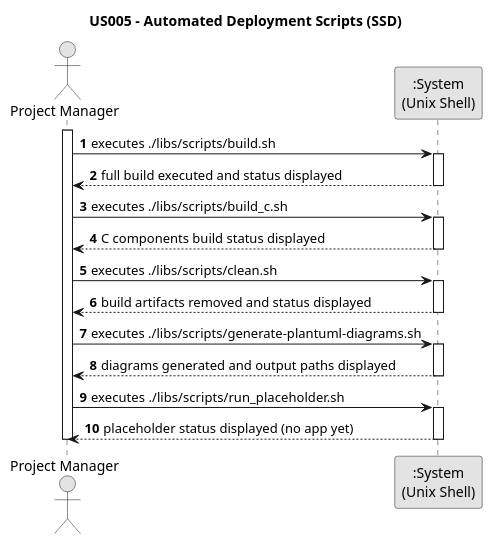
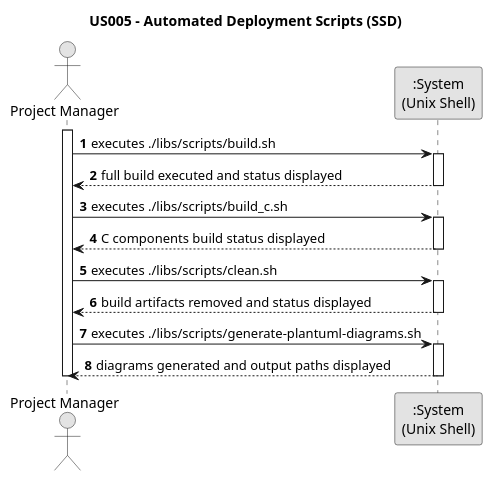
Before and after one commit to brunodspinto/aisafe: the diagram in aisafe.base/docs/user-stories/US005/US005-SSD/puml/US005-SSD.puml, drawn with PlantUML. The commit also changed 189 other files, not shown here.

```diff
--- a/aisafe.base/docs/user-stories/US005/US005-SSD/puml/US005-SSD.puml
+++ b/aisafe.base/docs/user-stories/US005/US005-SSD/puml/US005-SSD.puml
@@ -1,42 +1,37 @@
 @startuml US005-SSD
 skinparam monochrome true
 skinparam packageStyle rectangle
 skinparam shadowing false
 
 title US005 - Automated Deployment Scripts (SSD)
 
 autonumber
 
 actor "Project Manager" as PM
 participant ":System\n(Unix Shell)" as Shell
 
 activate PM
 
 PM -> Shell : executes ./libs/scripts/build.sh
 activate Shell
 Shell --> PM : full build executed and status displayed
 deactivate Shell
 
 PM -> Shell : executes ./libs/scripts/build_c.sh
 activate Shell
 Shell --> PM : C components build status displayed
 deactivate Shell
 
 PM -> Shell : executes ./libs/scripts/clean.sh
 activate Shell
 Shell --> PM : build artifacts removed and status displayed
 deactivate Shell
 
 PM -> Shell : executes ./libs/scripts/generate-plantuml-diagrams.sh
 activate Shell
 Shell --> PM : diagrams generated and output paths displayed
 deactivate Shell
 
-PM -> Shell : executes ./libs/scripts/run_placeholder.sh
-activate Shell
-Shell --> PM : placeholder status displayed (no app yet)
-deactivate Shell
-
 deactivate PM
 
 @enduml
```
